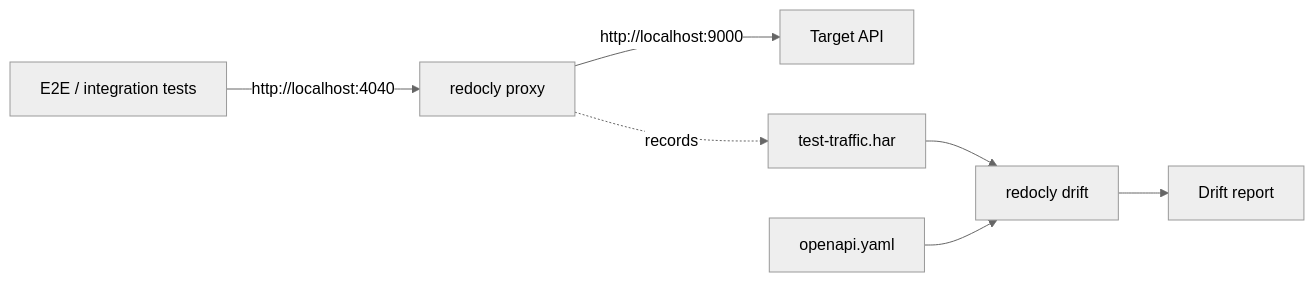
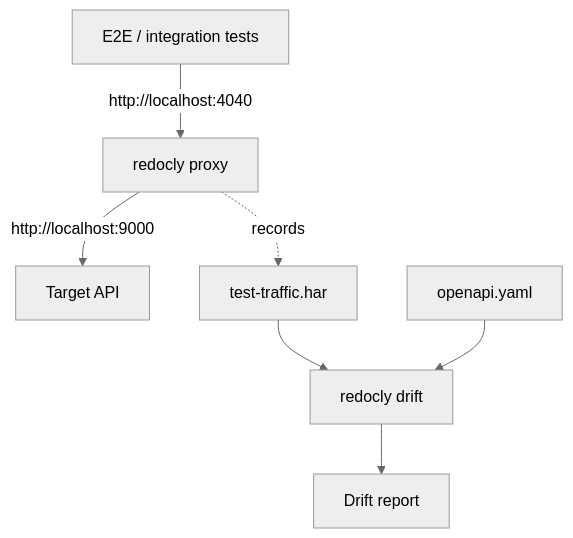
One commit to Redocly/website changed the diagram in blog/catch-api-drift.md. Above: the diagram before and after it, drawn with Mermaid (neutral theme).

Commit message:
chore: reorder diagram

````diff
--- a/blog/catch-api-drift.md
+++ b/blog/catch-api-drift.md
@@ -51,9 +51,9 @@
 ```mermaid
-flowchart LR
+flowchart TD
     tests["E2E / integration tests"] -->|"http://localhost:4040"| proxy["redocly proxy"]
     proxy -->|"http://localhost:9000"| target["Target API"]
     proxy -.->|"records"| har["test-traffic.har"]
     har --> drift["redocly drift"]
     openapi["openapi.yaml"] --> drift
     drift --> report["Drift report"]
 ```
````
